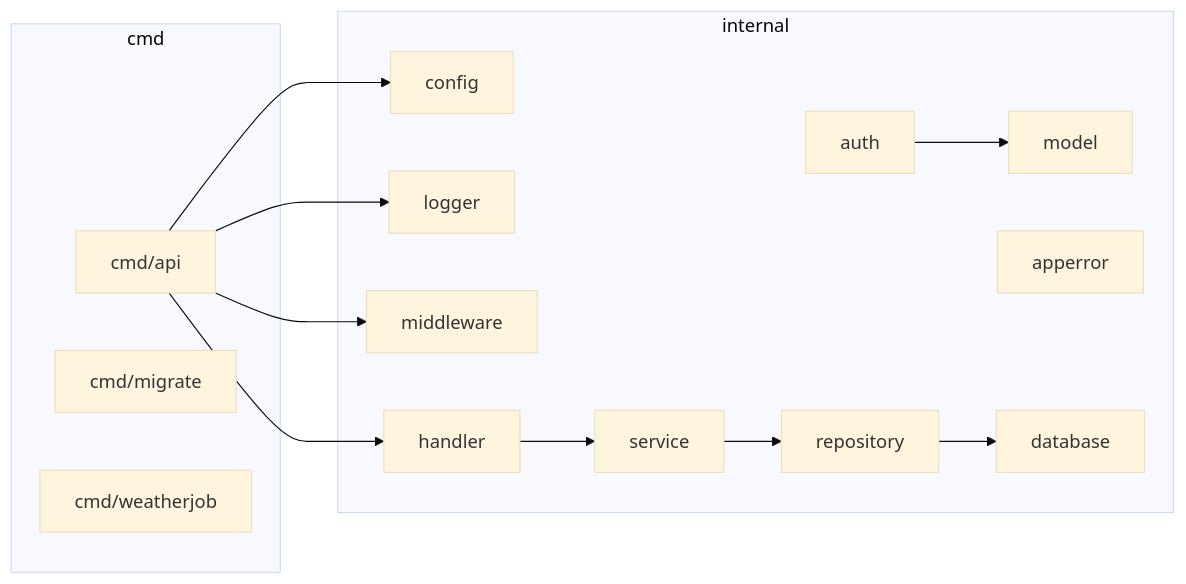
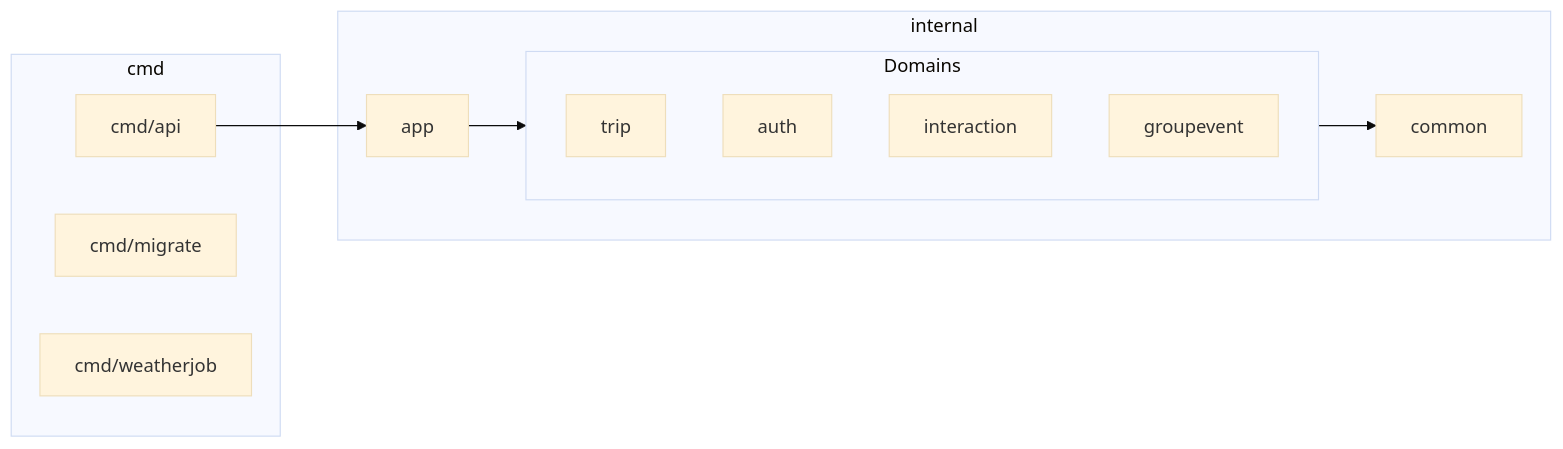
The second of 2 diagrams in docs/architecture/OVERVIEW.md (dectecx/SummitMate), drawn with Mermaid (base theme) before and after one commit. The commit also changed other lines of this file and 10 other files, not shown here.

````diff
--- a/docs/architecture/OVERVIEW.md
+++ b/docs/architecture/OVERVIEW.md
@@ -35,27 +36,23 @@
 ```mermaid
 graph LR
     subgraph cmd
         API[cmd/api]
         Migrate[cmd/migrate]
         WeatherJob[cmd/weatherjob]
     end
 
     subgraph internal
-        Config[config]
-        Logger[logger]
-        MW[middleware]
-        Auth[auth]
-        Handler[handler]
-        Service[service]
-        Repo[repository]
-        Model[model]
-        AppError[apperror]
-        DB[database]
+        App[app]
+        Common[common]
+        subgraph Domains
+            Trip[trip]
+            Auth[auth]
+            Interaction[interaction]
+            GroupEvent[groupevent]
+        end
     end
 
-    API --> Config & Logger & MW & Handler
-    Handler --> Service
-    Service --> Repo
-    Repo --> DB
-    Auth --> Model
+    API --> App
+    App --> Domains
+    Domains --> Common
 ```
````
